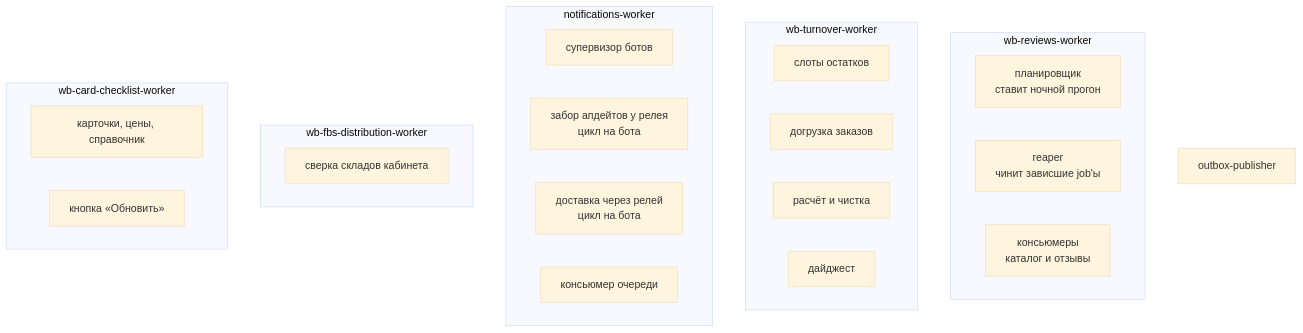
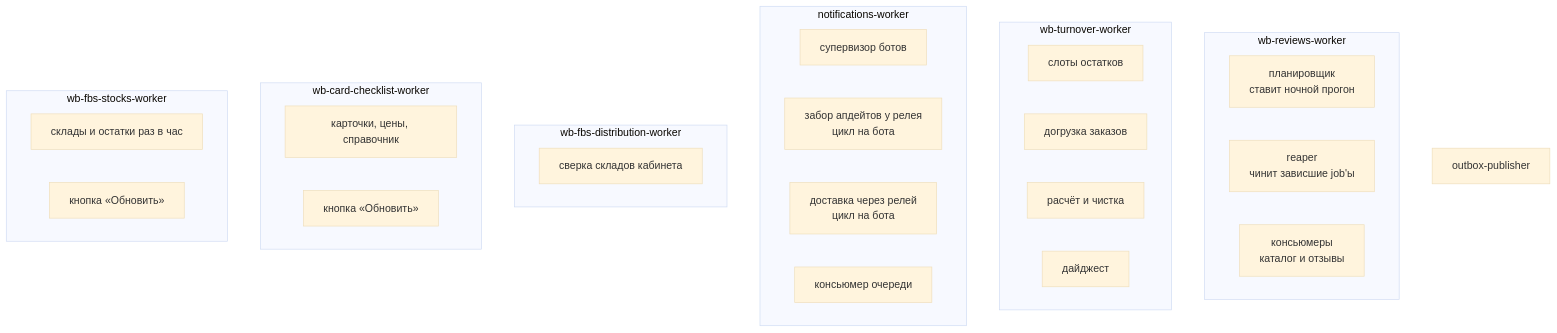
One commit to krionefishy/karbi changed the diagram in docs/architecture/WORKERS.md. Above: the diagram before and after it, drawn with Mermaid (base theme). The commit also changed other lines of this file and 54 other files, not shown here.

````diff
--- a/docs/architecture/WORKERS.md
+++ b/docs/architecture/WORKERS.md
@@ -6,28 +6,32 @@
 ```mermaid
 flowchart TB
     subgraph reviews["wb-reviews-worker"]
         r1["планировщик<br/>ставит ночной прогон"]
         r2["reaper<br/>чинит зависшие job'ы"]
         r3["консьюмеры<br/>каталог и отзывы"]
     end
     subgraph turnover["wb-turnover-worker"]
         t1["слоты остатков"]
         t2["догрузка заказов"]
         t3["расчёт и чистка"]
         t4["дайджест"]
     end
     subgraph notify["notifications-worker"]
         n1["супервизор ботов"]
         n2["забор апдейтов у релея<br/>цикл на бота"]
         n3["доставка через релей<br/>цикл на бота"]
         n4["консьюмер очереди"]
     end
     subgraph fbs["wb-fbs-distribution-worker"]
         f1["сверка складов кабинета"]
     end
     subgraph checklist["wb-card-checklist-worker"]
         c1["карточки, цены, справочник"]
         c2["кнопка «Обновить»"]
     end
+    subgraph stocks["wb-fbs-stocks-worker"]
+        s1["склады и остатки раз в час"]
+        s2["кнопка «Обновить»"]
+    end
     outbox["outbox-publisher"]
 ```
````
